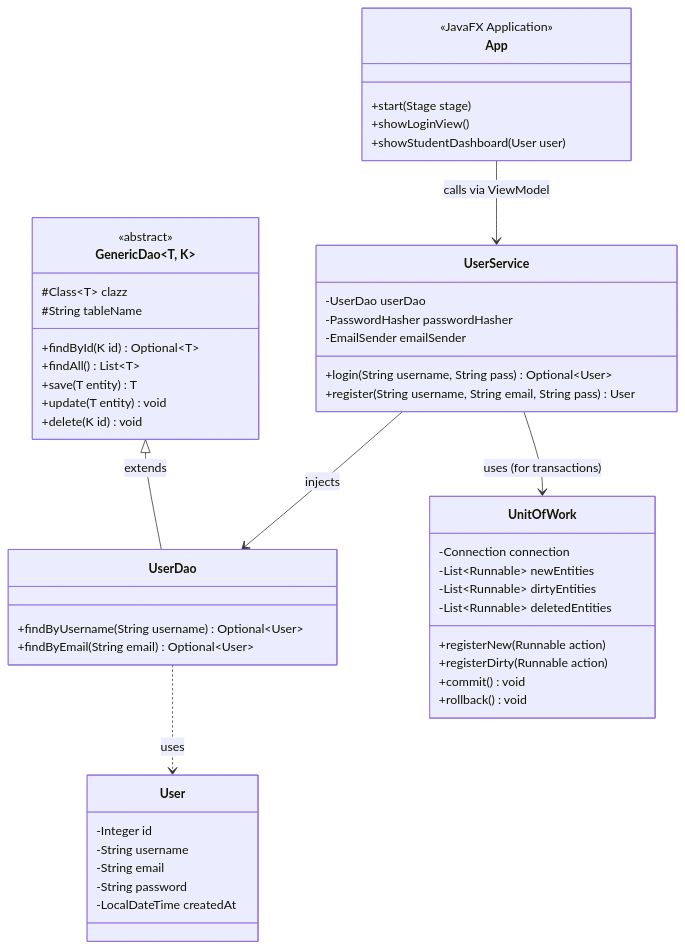
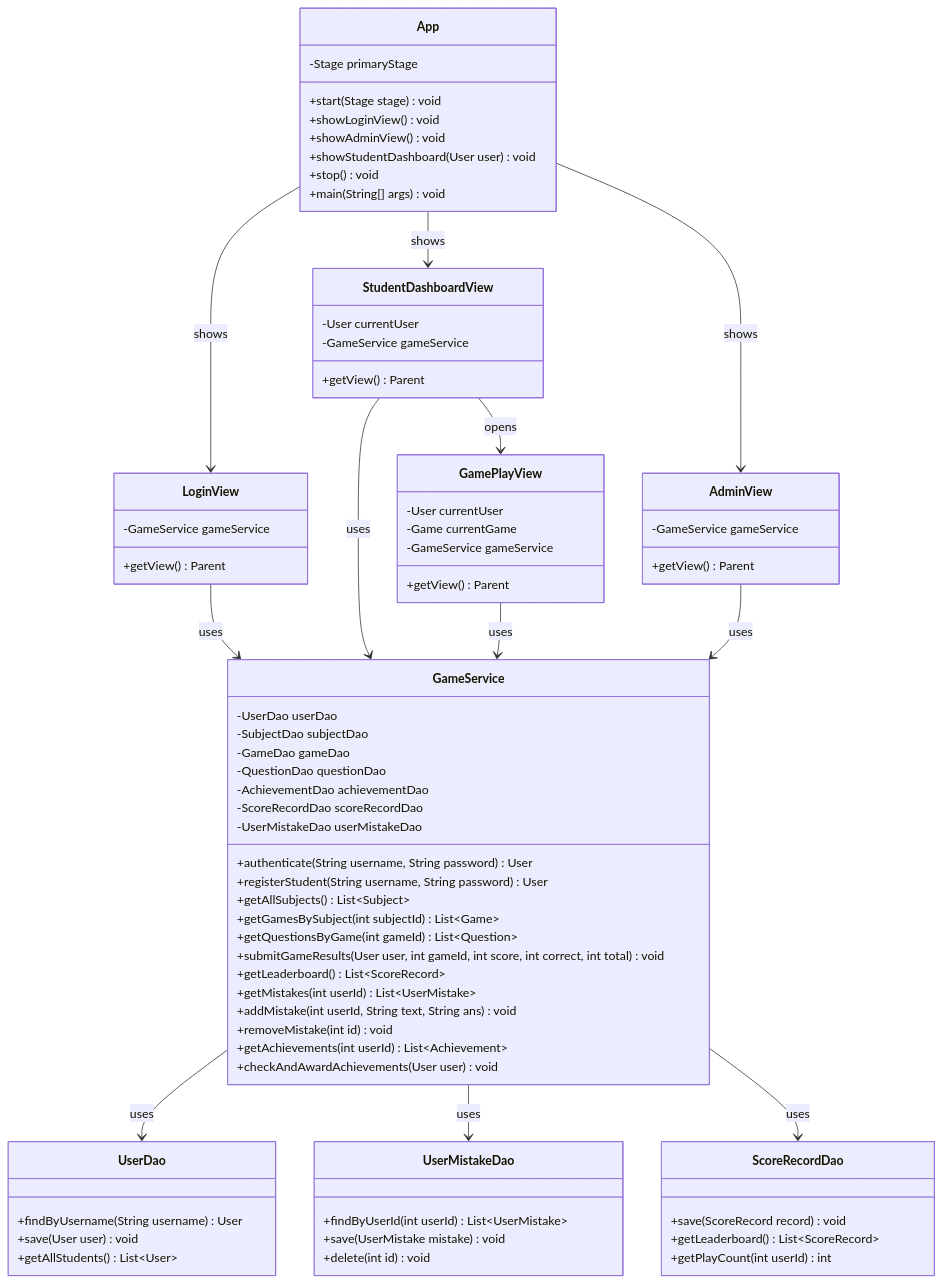
Before and after one commit to Zelon4ik/practic_2: the diagram in Appendices/Додаток_3_UML_діаграма_класів.md, drawn with Mermaid. The commit also changed other lines of this file and 6 other files, not shown here.

Commit message:
Update conceptual database schema, logical structural Crow's Foot diagram, and UML Class diagrams to match Smart Spelling Trainer architecture

````diff
--- a/Appendices/Додаток_3_UML_діаграма_класів.md
+++ b/Appendices/Додаток_3_UML_діаграма_класів.md
@@ -3,58 +5,87 @@
 ```mermaid
 classDiagram
-    class User {
-        -Integer id
-        -String username
-        -String email
-        -String password
-        -LocalDateTime createdAt
+    class App {
+        -Stage primaryStage
+        +start(Stage stage) void
+        +showLoginView() void
+        +showAdminView() void
+        +showStudentDashboard(User user) void
+        +stop() void
+        +main(String[] args) void
     }
 
-    class GenericDao~T, K~ {
-        <<abstract>>
-        #Class~T~ clazz
-        #String tableName
-        +findById(K id) Optional~T~
-        +findAll() List~T~
-        +save(T entity) T
-        +update(T entity) void
-        +delete(K id) void
+    class GameService {
+        -UserDao userDao
+        -SubjectDao subjectDao
+        -GameDao gameDao
+        -QuestionDao questionDao
+        -AchievementDao achievementDao
+        -ScoreRecordDao scoreRecordDao
+        -UserMistakeDao userMistakeDao
+        +authenticate(String username, String password) User
+        +registerStudent(String username, String password) User
+        +getAllSubjects() List~Subject~
+        +getGamesBySubject(int subjectId) List~Game~
+        +getQuestionsByGame(int gameId) List~Question~
+        +submitGameResults(User user, int gameId, int score, int correct, int total) void
+        +getLeaderboard() List~ScoreRecord~
+        +getMistakes(int userId) List~UserMistake~
+        +addMistake(int userId, String text, String ans) void
+        +removeMistake(int id) void
+        +getAchievements(int userId) List~Achievement~
+        +checkAndAwardAchievements(User user) void
     }
 
     class UserDao {
-        +findByUsername(String username) Optional~User~
-        +findByEmail(String email) Optional~User~
+        +findByUsername(String username) User
+        +save(User user) void
+        +getAllStudents() List~User~
     }
 
-    class UnitOfWork {
-        -Connection connection
-        -List~Runnable~ newEntities
-        -List~Runnable~ dirtyEntities
-        -List~Runnable~ deletedEntities
-        +registerNew(Runnable action)
-        +registerDirty(Runnable action)
-        +commit() void
-        +rollback() void
+    class UserMistakeDao {
+        +findByUserId(int userId) List~UserMistake~
+        +save(UserMistake mistake) void
+        +delete(int id) void
     }
 
-    class UserService {
-        -UserDao userDao
-        -PasswordHasher passwordHasher
-        -EmailSender emailSender
-        +login(String username, String pass) Optional~User~
-        +register(String username, String email, String pass) User
+    class ScoreRecordDao {
+        +save(ScoreRecord record) void
+        +getLeaderboard() List~ScoreRecord~
+        +getPlayCount(int userId) int
     }
 
-    class App {
-        <<JavaFX Application>>
-        +start(Stage stage)
-        +showLoginView()
-        +showStudentDashboard(User user)
+    class StudentDashboardView {
+        -User currentUser
+        -GameService gameService
+        +getView() Parent
     }
 
-    GenericDao <|-- UserDao : extends
-    UserDao ..> User : uses
-    UserService --> UserDao : injects
-    UserService --> UnitOfWork : uses (for transactions)
-    App --> UserService : calls via ViewModel
+    class GamePlayView {
+        -User currentUser
+        -Game currentGame
+        -GameService gameService
+        +getView() Parent
+    }
+
+    class LoginView {
+        -GameService gameService
+        +getView() Parent
+    }
+
+    class AdminView {
+        -GameService gameService
+        +getView() Parent
+    }
+
+    App --> LoginView : shows
+    App --> StudentDashboardView : shows
+    App --> AdminView : shows
+    StudentDashboardView --> GamePlayView : opens
+    LoginView --> GameService : uses
+    StudentDashboardView --> GameService : uses
+    GamePlayView --> GameService : uses
+    AdminView --> GameService : uses
+    GameService --> UserDao : uses
+    GameService --> UserMistakeDao : uses
+    GameService --> ScoreRecordDao : uses
 ```
````
